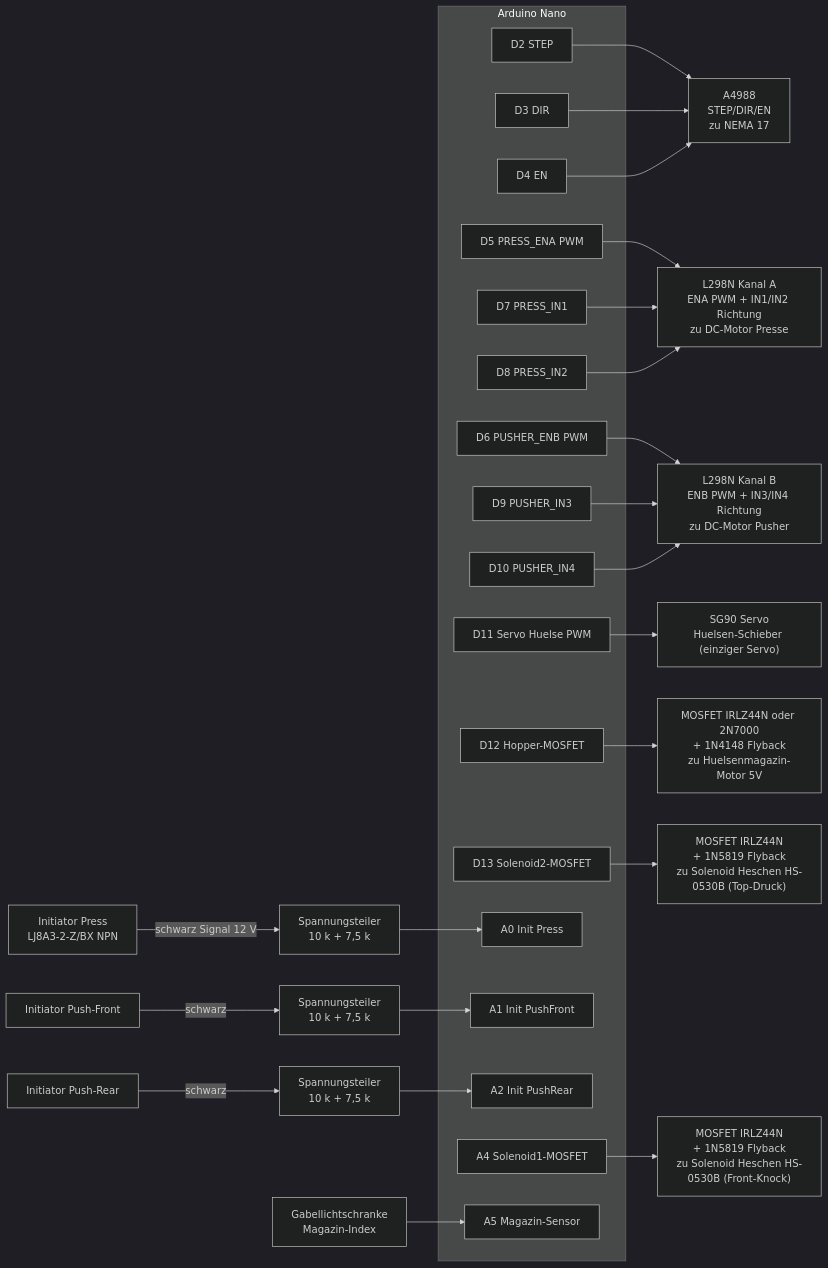
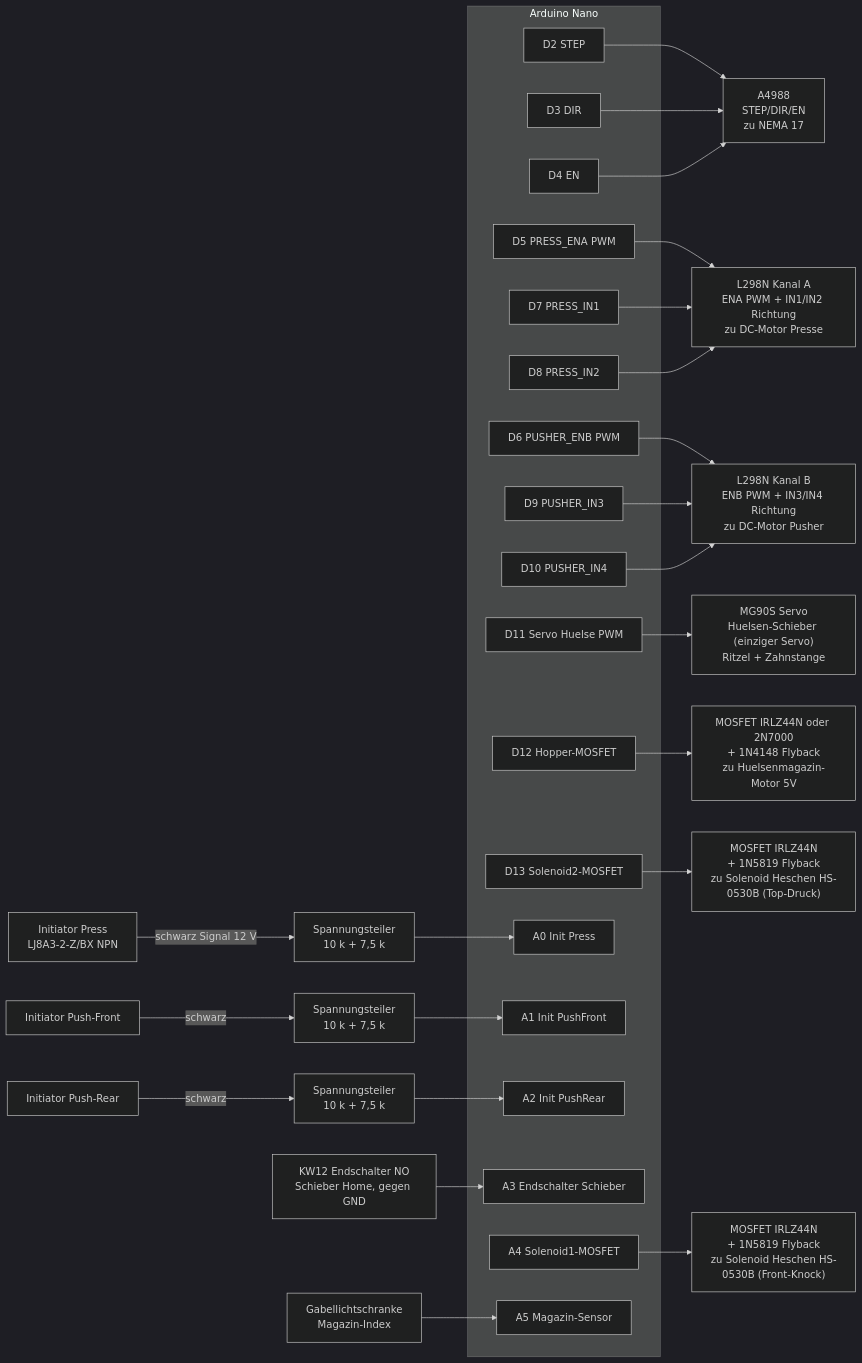
One commit to JohnsonRepo/stopf changed the second of 3 diagrams in docs/wiring.md. Above: the diagram before and after it, drawn with Mermaid (dark theme). The commit also changed other lines of this file and 21 other files, not shown here.

First line of the commit message:
Hülsen-Schieber: Servo + Zahnstange mit Endschalter (Firmware v0.5.0)

````diff
--- a/docs/wiring.md
+++ b/docs/wiring.md
@@ -259,50 +259,52 @@
 ```mermaid
 flowchart LR
     subgraph NANO [Arduino Nano]
         D2["D2 STEP"]
         D3["D3 DIR"]
         D4["D4 EN"]
         D5["D5 PRESS_ENA PWM"]
         D6["D6 PUSHER_ENB PWM"]
         D7["D7 PRESS_IN1"]
         D8["D8 PRESS_IN2"]
         D9["D9 PUSHER_IN3"]
         D10["D10 PUSHER_IN4"]
         D11["D11 Servo Huelse PWM"]
         D12["D12 Hopper-MOSFET"]
         D13["D13 Solenoid2-MOSFET"]
         A0["A0 Init Press"]
         A1["A1 Init PushFront"]
         A2["A2 Init PushRear"]
+        A3["A3 Endschalter Schieber"]
         A4["A4 Solenoid1-MOSFET"]
         A5["A5 Magazin-Sensor"]
     end
 
     D2 --> A4988["A4988<br/>STEP/DIR/EN<br/>zu NEMA 17"]
     D3 --> A4988
     D4 --> A4988
 
     D5 --> L298N_A["L298N Kanal A<br/>ENA PWM + IN1/IN2 Richtung<br/>zu DC-Motor Presse"]
     D7 --> L298N_A
     D8 --> L298N_A
 
     D6 --> L298N_B["L298N Kanal B<br/>ENB PWM + IN3/IN4 Richtung<br/>zu DC-Motor Pusher"]
     D9 --> L298N_B
     D10 --> L298N_B
 
-    D11 --> SERVO["SG90 Servo<br/>Huelsen-Schieber (einziger Servo)"]
+    D11 --> SERVO["MG90S Servo<br/>Huelsen-Schieber (einziger Servo)<br/>Ritzel + Zahnstange"]
+    SW_HOME["KW12 Endschalter NO<br/>Schieber Home, gegen GND"] --> A3
 
     A4 --> MOS1["MOSFET IRLZ44N<br/>+ 1N5819 Flyback<br/>zu Solenoid Heschen HS-0530B (Front-Knock)"]
     D13 --> MOS2["MOSFET IRLZ44N<br/>+ 1N5819 Flyback<br/>zu Solenoid Heschen HS-0530B (Top-Druck)"]
     D12 --> MOS3["MOSFET IRLZ44N oder 2N7000<br/>+ 1N4148 Flyback<br/>zu Huelsenmagazin-Motor 5V"]
 
     DIV1["Spannungsteiler<br/>10 k + 7,5 k"] --> A0
     DIV2["Spannungsteiler<br/>10 k + 7,5 k"] --> A1
     DIV3["Spannungsteiler<br/>10 k + 7,5 k"] --> A2
 
     INIT_P["Initiator Press<br/>LJ8A3-2-Z/BX NPN"] -->|schwarz Signal 12 V| DIV1
     INIT_PF["Initiator Push-Front"] -->|schwarz| DIV2
     INIT_PR["Initiator Push-Rear"] -->|schwarz| DIV3
 
     OPTO["Gabellichtschranke<br/>Magazin-Index"] --> A5
 ```
````
